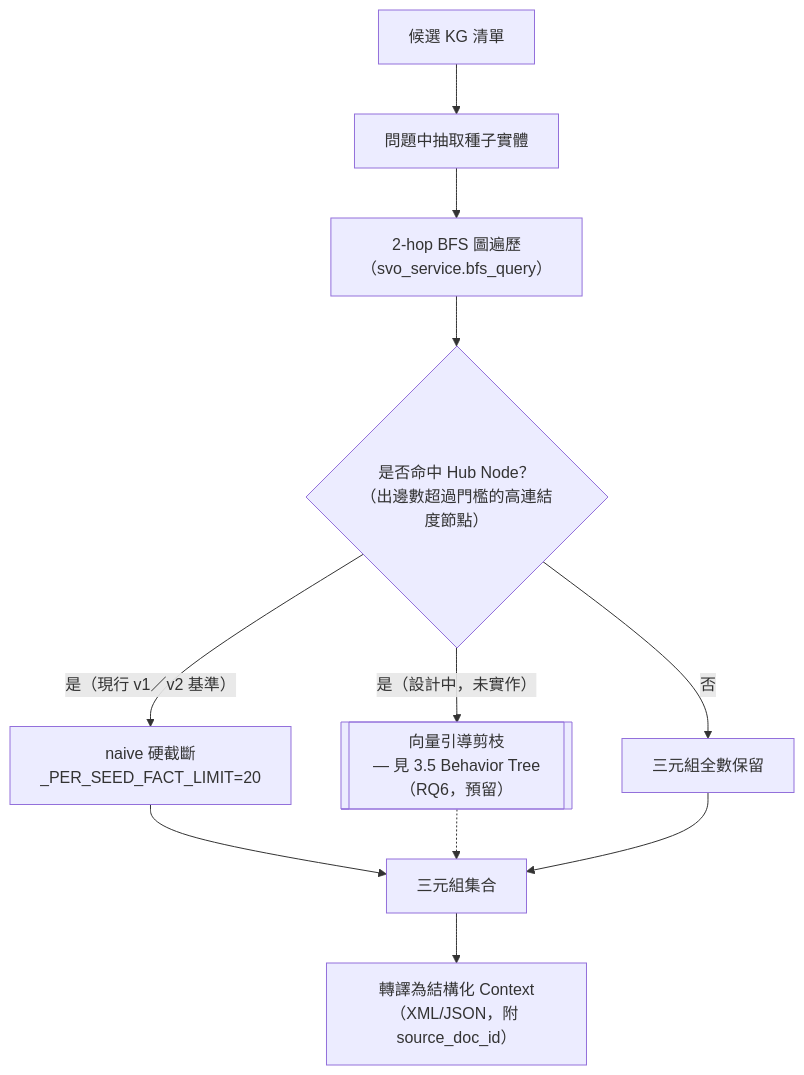
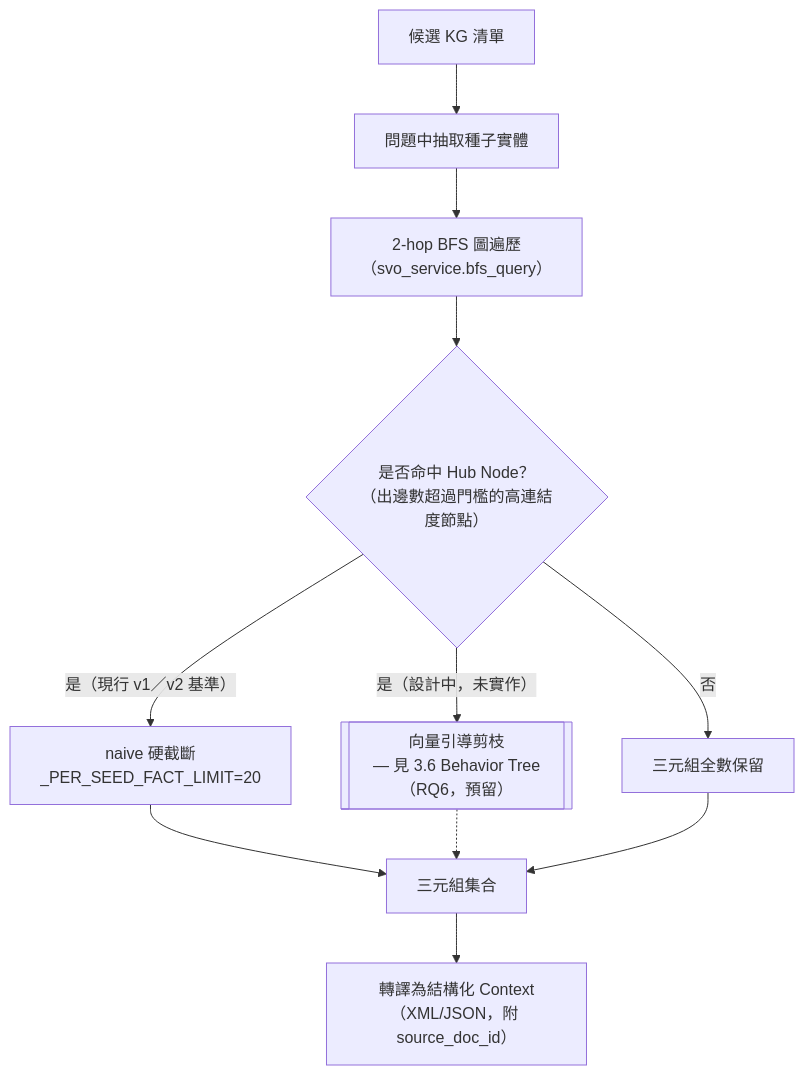
Before and after one commit to Chester930/world-knowledge-graph-rag: the seventh of 12 diagrams in docs/論文/03_系統設計與方法論.md, drawn with Mermaid. The commit also changed other lines of this file and 2 other files, not shown here.

````diff
--- a/docs/論文/03_系統設計與方法論.md
+++ b/docs/論文/03_系統設計與方法論.md
@@ -283,13 +285,13 @@
 ```mermaid
 flowchart TD
     KGS["候選 KG 清單"] --> SEED["問題中抽取種子實體"]
     SEED --> BFS2["2-hop BFS 圖遍歷<br/>（svo_service.bfs_query）"]
     BFS2 --> HUB{"是否命中 Hub Node？<br/>（出邊數超過門檻的高連結度節點）"}
     HUB -->|"是（現行 v1／v2 基準）"| CUT["naive 硬截斷<br/>_PER_SEED_FACT_LIMIT=20"]
-    HUB -->|"是（設計中，未實作）"| PRUNE[["向量引導剪枝<br/>— 見 3.5 Behavior Tree（RQ6，預留）"]]
+    HUB -->|"是（設計中，未實作）"| PRUNE[["向量引導剪枝<br/>— 見 3.6 Behavior Tree（RQ6，預留）"]]
     HUB -->|否| PASS["三元組全數保留"]
     CUT --> TRIPLES["三元組集合"]
     PRUNE -.-> TRIPLES
     PASS --> TRIPLES
     TRIPLES --> CTX["轉譯為結構化 Context<br/>（XML/JSON，附 source_doc_id）"]
 ```
````
